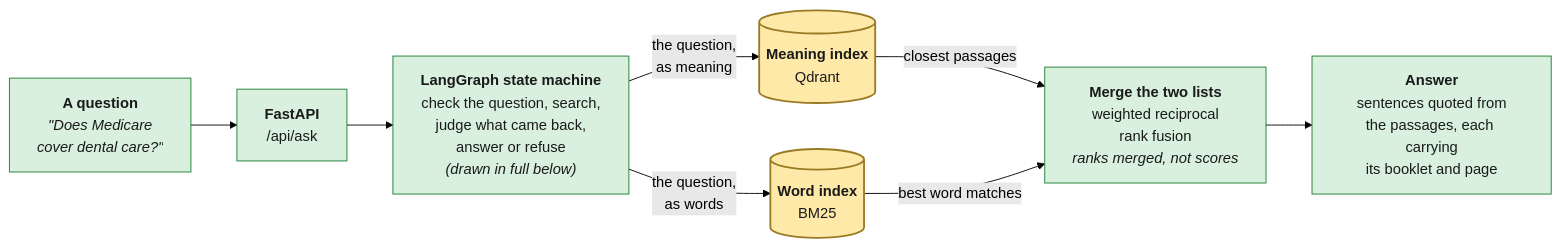
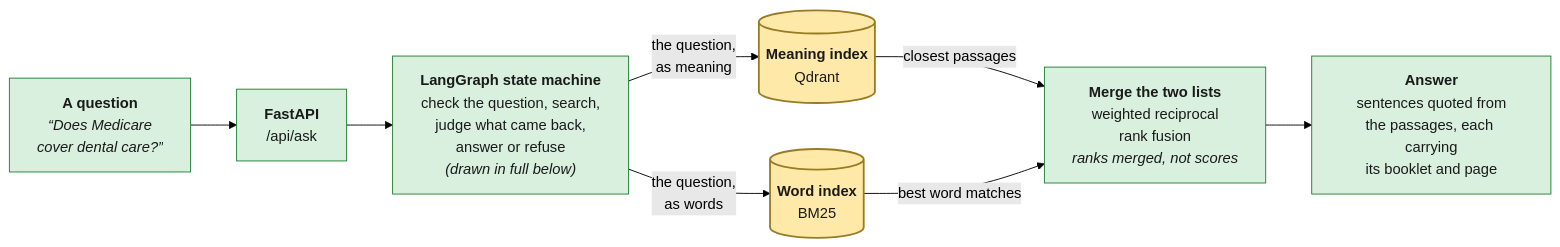
Before and after one commit to Sudam23/Medicare-RAG-Assistant: the second of 3 diagrams in README.md, drawn with Mermaid (forest theme). The commit also changed other lines of this file and 2 other files, not shown here.

First line of the commit message:
Fix a Mermaid label that GitHub refused to render, and the check that missed it

````diff
--- a/README.md
+++ b/README.md
@@ -99,22 +99,22 @@
 ```mermaid
 flowchart LR
-    ASK["<b>A question</b><br/><i>&quot;Does Medicare<br/>cover dental care?&quot;</i>"]
+    ASK["<b>A question</b><br/><i>“Does Medicare<br/>cover dental care?”</i>"]
     API["<b>FastAPI</b><br/>/api/ask"]
     BRAIN["<b>LangGraph state machine</b><br/>check the question, search,<br/>judge what came back,<br/>answer or refuse<br/><i>(drawn in full below)</i>"]
     VDB2[("<b>Meaning index</b><br/>Qdrant")]
     KDB2[("<b>Word index</b><br/>BM25")]
     FUSE["<b>Merge the two lists</b><br/>weighted reciprocal<br/>rank fusion<br/><i>ranks merged, not scores</i>"]
     OUT["<b>Answer</b><br/>sentences quoted from<br/>the passages, each carrying<br/>its booklet and page"]
 
     ASK --> API --> BRAIN
     BRAIN -- "the question,<br/>as meaning" --> VDB2
     BRAIN -- "the question,<br/>as words" --> KDB2
     VDB2 -- "closest passages" --> FUSE
     KDB2 -- "best word matches" --> FUSE
     FUSE --> OUT
 
     classDef serve fill:#d8f0dd,stroke:#1e7e34,color:#1a1a1a
     classDef store fill:#ffe9a8,stroke:#9a7b25,stroke-width:2px,color:#1a1a1a
     class ASK,API,BRAIN,FUSE,OUT serve
     class VDB2,KDB2 store
 ```
````
